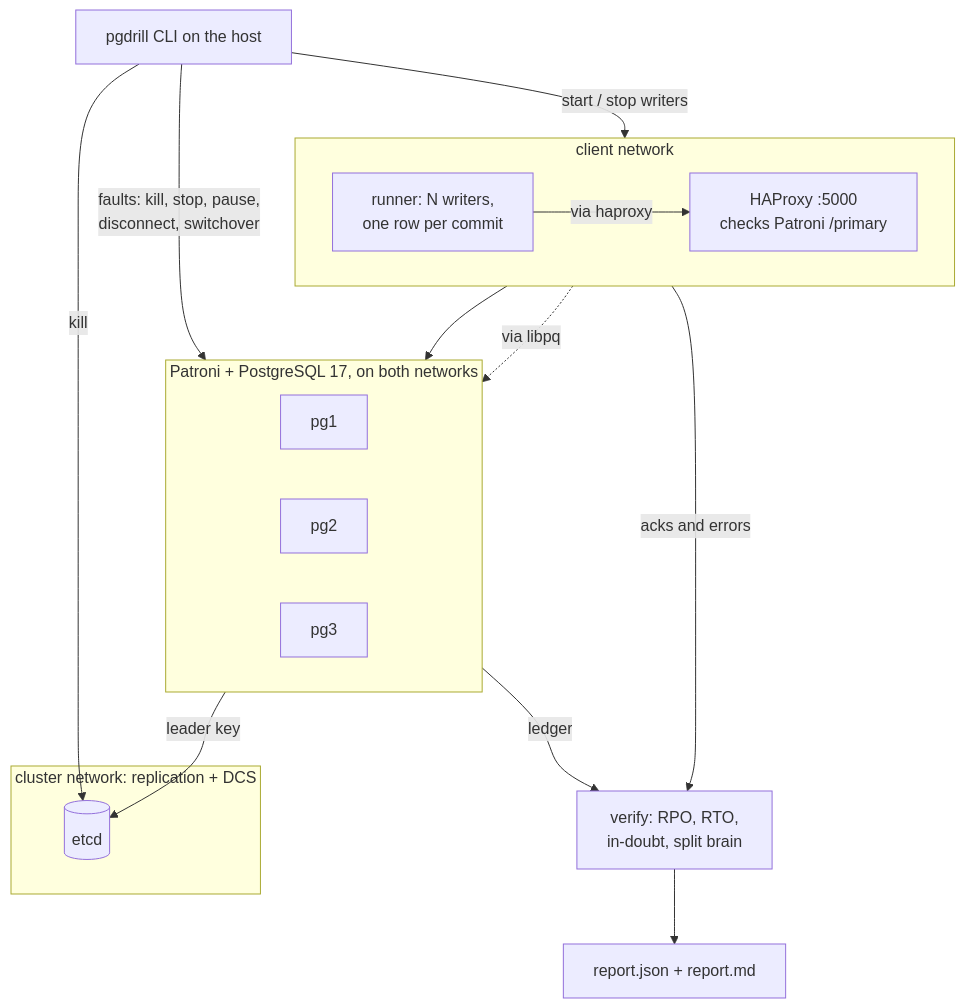
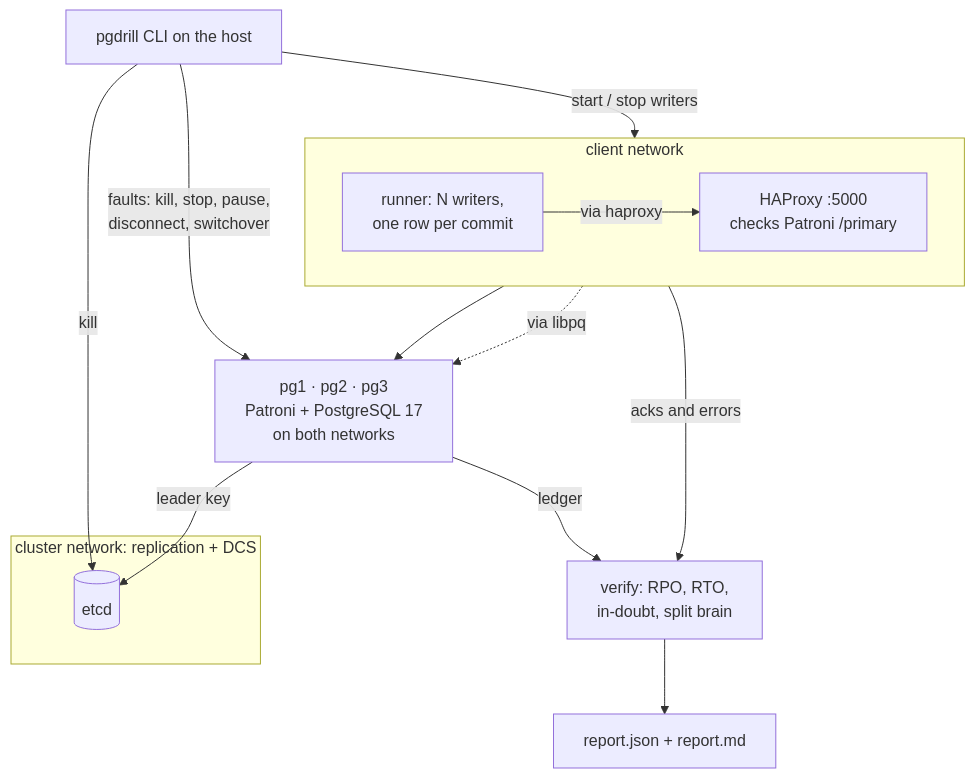
The diagram in README.md (kiwifarmit/ol-sbx-pg-failover-drill), drawn with Mermaid before and after one commit.

Commit message:
README: collapse the node group in the diagram

````diff
--- a/README.md
+++ b/README.md
@@ -27,34 +27,29 @@
 ```mermaid
 flowchart TB
     cli["pgdrill CLI on the host"]
 
     subgraph client["client network"]
         direction LR
         runner["runner: N writers,<br/>one row per commit"]
         haproxy["HAProxy :5000<br/>checks Patroni /primary"]
     end
 
-    subgraph pg["Patroni + PostgreSQL 17, on both networks"]
-        direction LR
-        pg1["pg1"]
-        pg2["pg2"]
-        pg3["pg3"]
-    end
+    pg["pg1 · pg2 · pg3<br/>Patroni + PostgreSQL 17<br/>on both networks"]
 
     subgraph cluster["cluster network: replication + DCS"]
         etcd[("etcd")]
     end
 
     verify["verify: RPO, RTO,<br/>in-doubt, split brain"]
     report["report.json + report.md"]
 
     cli -- "start / stop writers" --> runner
     cli -- "faults: kill, stop, pause,<br/>disconnect, switchover" --> pg
     cli -- "kill" --> etcd
     runner -- "via haproxy" --> haproxy --> pg
     runner -. "via libpq" .-> pg
     pg -- "leader key" --> etcd
     runner -- "acks and errors" --> verify
     pg -- "ledger" --> verify
     verify --> report
 ```
````
